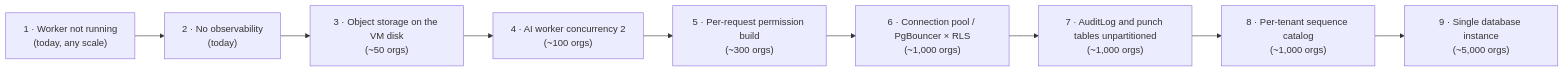
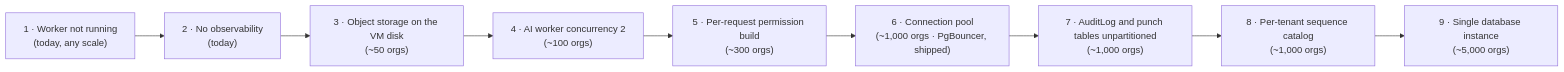
Before and after one commit to GreenArrow-7/Master-Suit: diagram 25 of 26 in docs/ARCHITECTURE-NETWORK-ASSESSMENT.md, drawn with Mermaid. The commit also changed other lines of this file and 12 other files, not shown here.

````diff
--- a/docs/ARCHITECTURE-NETWORK-ASSESSMENT.md
+++ b/docs/ARCHITECTURE-NETWORK-ASSESSMENT.md
@@ -2047,11 +2047,11 @@
 ```mermaid
 flowchart LR
   A["1 · Worker not running<br/>(today, any scale)"] --> B["2 · No observability<br/>(today)"]
   B --> C["3 · Object storage on the VM disk<br/>(~50 orgs)"]
   C --> D["4 · AI worker concurrency 2<br/>(~100 orgs)"]
   D --> E["5 · Per-request permission build<br/>(~300 orgs)"]
-  E --> F["6 · Connection pool / PgBouncer × RLS<br/>(~1,000 orgs)"]
+  E --> F["6 · Connection pool<br/>(~1,000 orgs · PgBouncer, shipped)"]
   F --> G["7 · AuditLog and punch tables unpartitioned<br/>(~1,000 orgs)"]
   G --> H["8 · Per-tenant sequence catalog<br/>(~1,000 orgs)"]
   H --> I["9 · Single database instance<br/>(~5,000 orgs)"]
 ```
````
